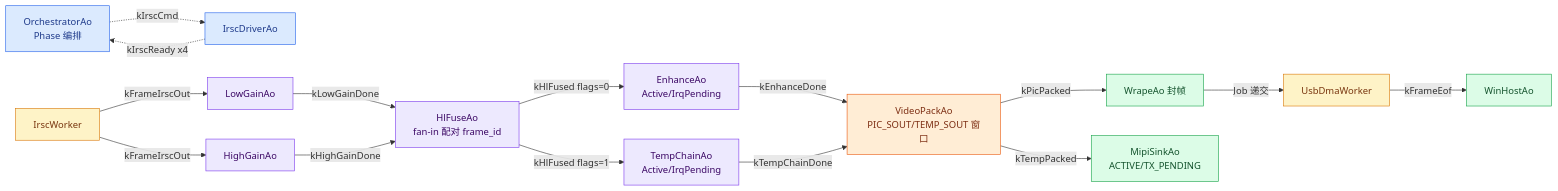
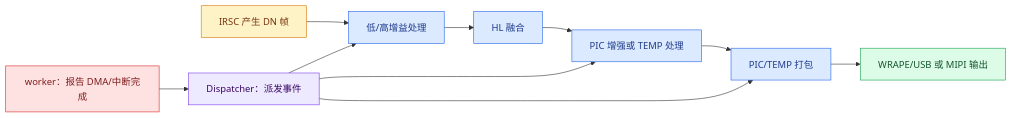
Before and after one commit to DeguiLiu/coact: the first of 6 diagrams in docs/example_ISP_pipeline_design_architecture_zh.md, drawn with Mermaid. The commit also changed other lines of this file and 8 other files, not shown here.

````diff
--- a/docs/example_ISP_pipeline_design_architecture_zh.md
+++ b/docs/example_ISP_pipeline_design_architecture_zh.md
@@ -133,22 +20,17 @@
 ```mermaid
 flowchart LR
-    ORCH["OrchestratorAo<br/>Phase 编排"]:::ctl -.->|"kIrscCmd"| IRSC["IrscDriverAo"]:::ctl
-    IRSC -.->|"kIrscReady x4"| ORCH
-    W1["IrscWorker"]:::hw -->|"kFrameIrscOut"| LOW["LowGainAo"]:::node
-    W1 -->|"kFrameIrscOut"| HIGH["HighGainAo"]:::node
-    LOW -->|"kLowGainDone"| HL["HlFuseAo<br/>fan-in 配对 frame_id"]:::node
-    HIGH -->|"kHighGainDone"| HL
-    HL -->|"kHlFused flags=0"| ENH["EnhanceAo<br/>Active/IrqPending"]:::node
-    HL -->|"kHlFused flags=1"| TPD["TempChainAo<br/>Active/IrqPending"]:::node
-    ENH -->|"kEnhanceDone"| PACK["VideoPackAo<br/>PIC_SOUT/TEMP_SOUT 窗口"]:::pack
-    TPD -->|"kTempChainDone"| PACK
-    PACK -->|"kPicPacked"| WRAPE["WrapeAo 封帧"]:::sink
-    PACK -->|"kTempPacked"| MIPI["MipiSinkAo<br/>ACTIVE/TX_PENDING"]:::sink
-    WRAPE -->|"Job 递交"| UDMA["UsbDmaWorker"]:::hw
-    UDMA -->|"kFrameEof"| WH["WinHostAo"]:::sink
-    classDef ctl fill:#dbeafe,stroke:#2563eb,color:#1e3a8a
-    classDef node fill:#ede9fe,stroke:#7c3aed,color:#3b0764
-    classDef pack fill:#ffedd5,stroke:#ea580c,color:#7c2d12
+    A["IRSC 产生 DN 帧"]:::source --> B["低/高增益处理"]:::process
+    B --> C["HL 融合"]:::process
+    C --> D["PIC 增强或 TEMP 处理"]:::process
+    D --> E["PIC/TEMP 打包"]:::process
+    E --> F["WRAPE/USB 或 MIPI 输出"]:::sink
+    W["worker：报告 DMA/中断完成"]:::worker --> Q["Dispatcher：派发事件"]:::event
+    Q --> B
+    Q --> D
+    Q --> E
+    classDef source fill:#fef3c7,stroke:#d97706,color:#78350f
+    classDef process fill:#dbeafe,stroke:#2563eb,color:#1e3a8a
     classDef sink fill:#dcfce7,stroke:#16a34a,color:#14532d
-    classDef hw fill:#fef3c7,stroke:#d97706,color:#78350f
+    classDef worker fill:#fee2e2,stroke:#dc2626,color:#7f1d1d
+    classDef event fill:#ede9fe,stroke:#7c3aed,color:#3b0764
 ```
````
